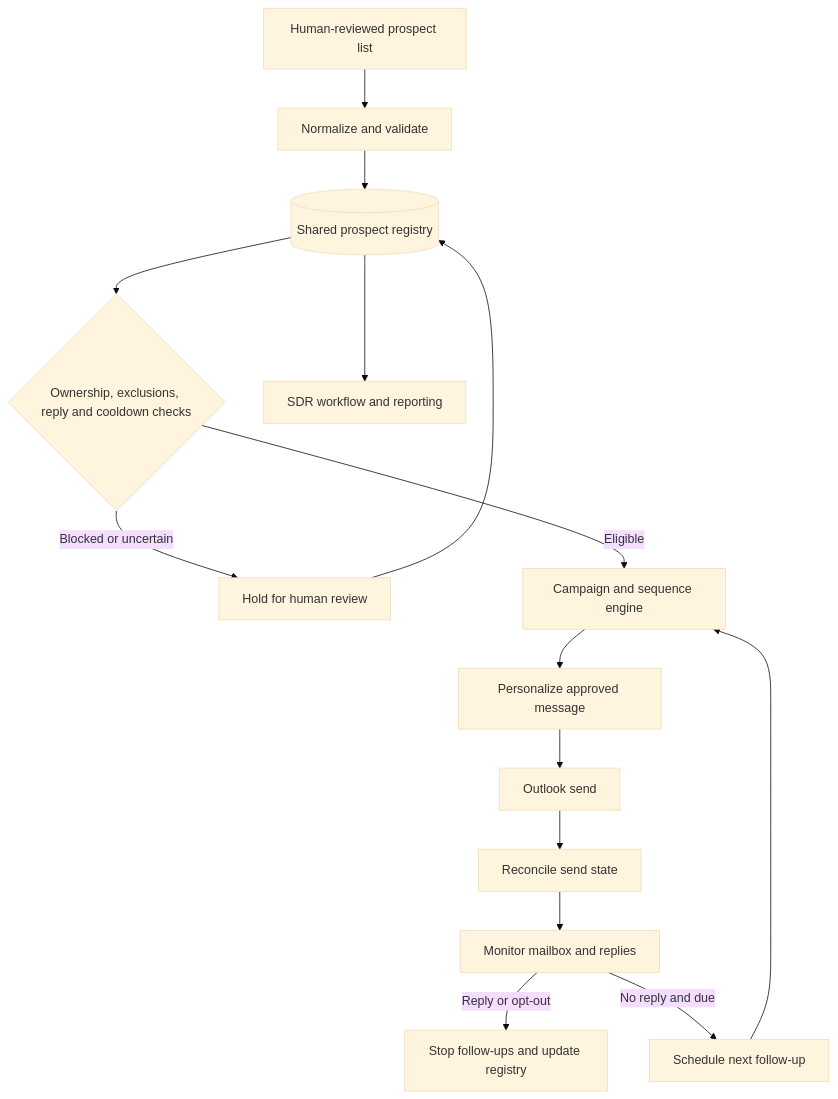
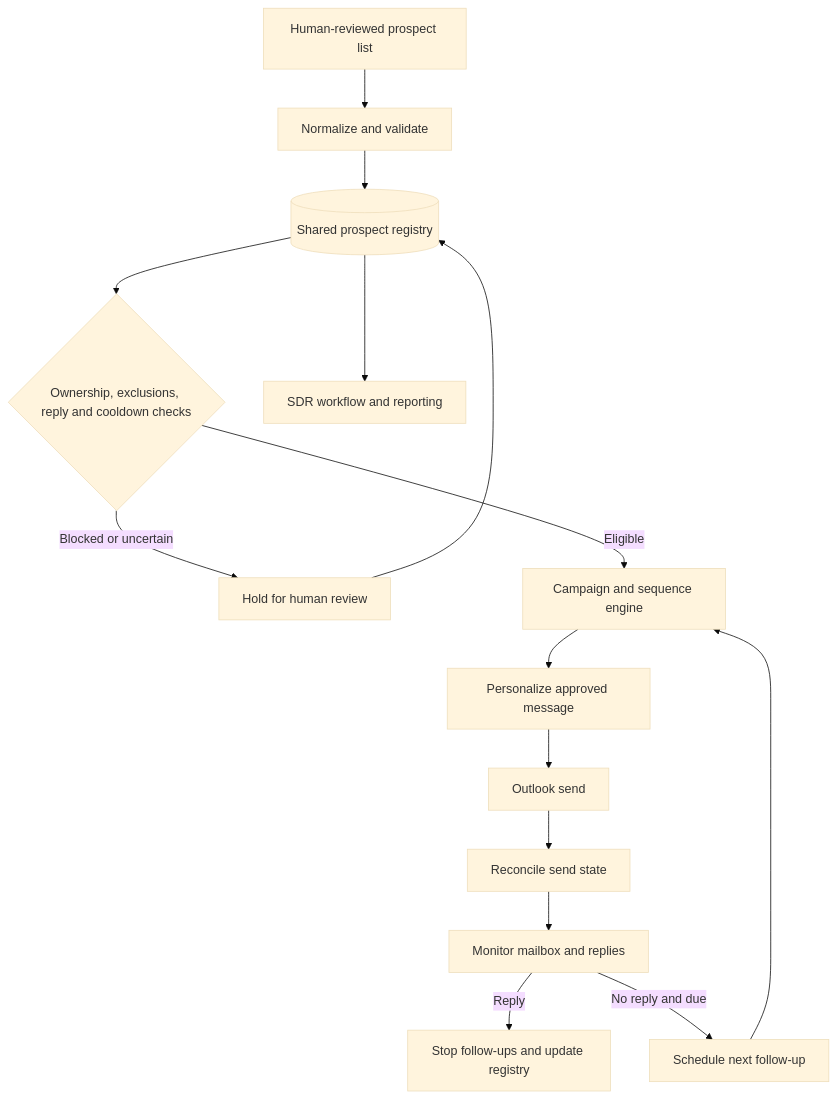
One commit to MedhiNsr/Sales-Automation-Portfolio changed the diagram in docs/ARCHITECTURE.md. Above: the diagram before and after it, drawn with Mermaid (base theme).

Commit message:
Keep Sales Automation architecture precise

````diff
--- a/docs/ARCHITECTURE.md
+++ b/docs/ARCHITECTURE.md
@@ -5,17 +5,17 @@
 ```mermaid
 flowchart TD
     Input[Human-reviewed prospect list] --> Normalize[Normalize and validate]
     Normalize --> Registry[(Shared prospect registry)]
     Registry --> Eligibility{Ownership, exclusions, reply and cooldown checks}
     Eligibility -->|Blocked or uncertain| Hold[Hold for human review]
     Eligibility -->|Eligible| Campaign[Campaign and sequence engine]
     Campaign --> Personalize[Personalize approved message]
     Personalize --> Send[Outlook send]
     Send --> Reconcile[Reconcile send state]
     Reconcile --> Mailbox[Monitor mailbox and replies]
-    Mailbox -->|Reply or opt-out| Stop[Stop follow-ups and update registry]
+    Mailbox -->|Reply| Stop[Stop follow-ups and update registry]
     Mailbox -->|No reply and due| Next[Schedule next follow-up]
     Next --> Campaign
     Registry --> Reporting[SDR workflow and reporting]
     Hold --> Registry
 ```
````
